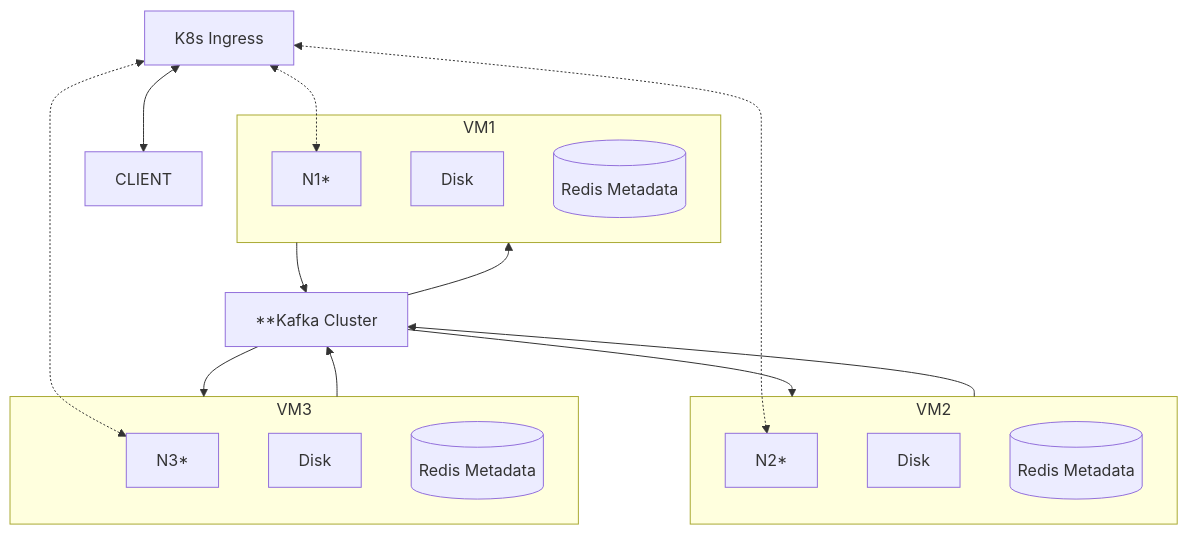
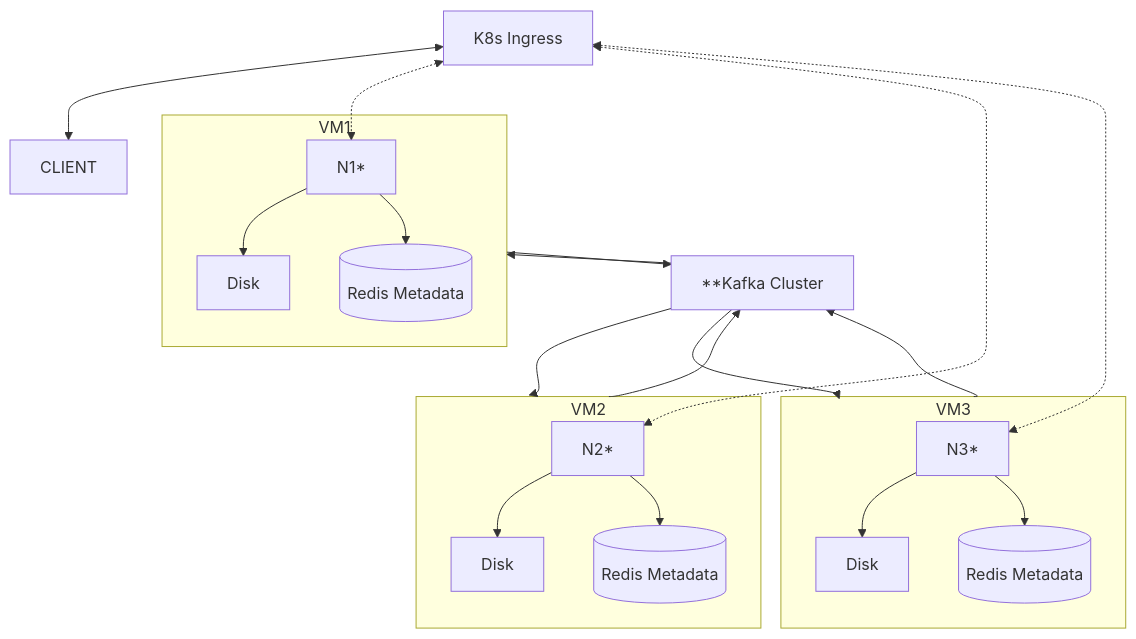
Before and after one commit to UniversityOfHelsinkiCS/distributed-file-system: the diagram in README.md, drawn with Mermaid.

````diff
--- a/README.md
+++ b/README.md
@@ -3,37 +3,34 @@
 ```mermaid
 graph TD;
     subgraph VM1
-        N1*
-        Disk1[Disk]
-        Redis1[(Redis Metadata)]
+        N1* --> Disk1[Disk]
+        N1* --> Redis1[(Redis Metadata)]
     end
 
     Kafka[**Kafka Cluster];
 
     subgraph VM2
-        N2*
-        Disk2[Disk]
-        Redis2[(Redis Metadata)]
+        N2* --> Disk2[Disk]
+        N2* --> Redis2[(Redis Metadata)]
     end
 
     subgraph VM3
-        N3*
-        Disk3[Disk]
-        Redis3[(Redis Metadata)]
+        N3* --> Disk3[Disk]
+        N3* --> Redis3[(Redis Metadata)]
     end
 
     CLIENT
 
     K8s[K8s Ingress] <--> CLIENT;
 
     K8s <-.-> N1*;
     K8s <-.-> N2*;
     K8s <-.-> N3*;
 
     VM1 --> Kafka;
     Kafka --> VM1;
     VM2 --> Kafka;
     Kafka --> VM2;
     VM3 --> Kafka;
     Kafka --> VM3;
 ```
````
